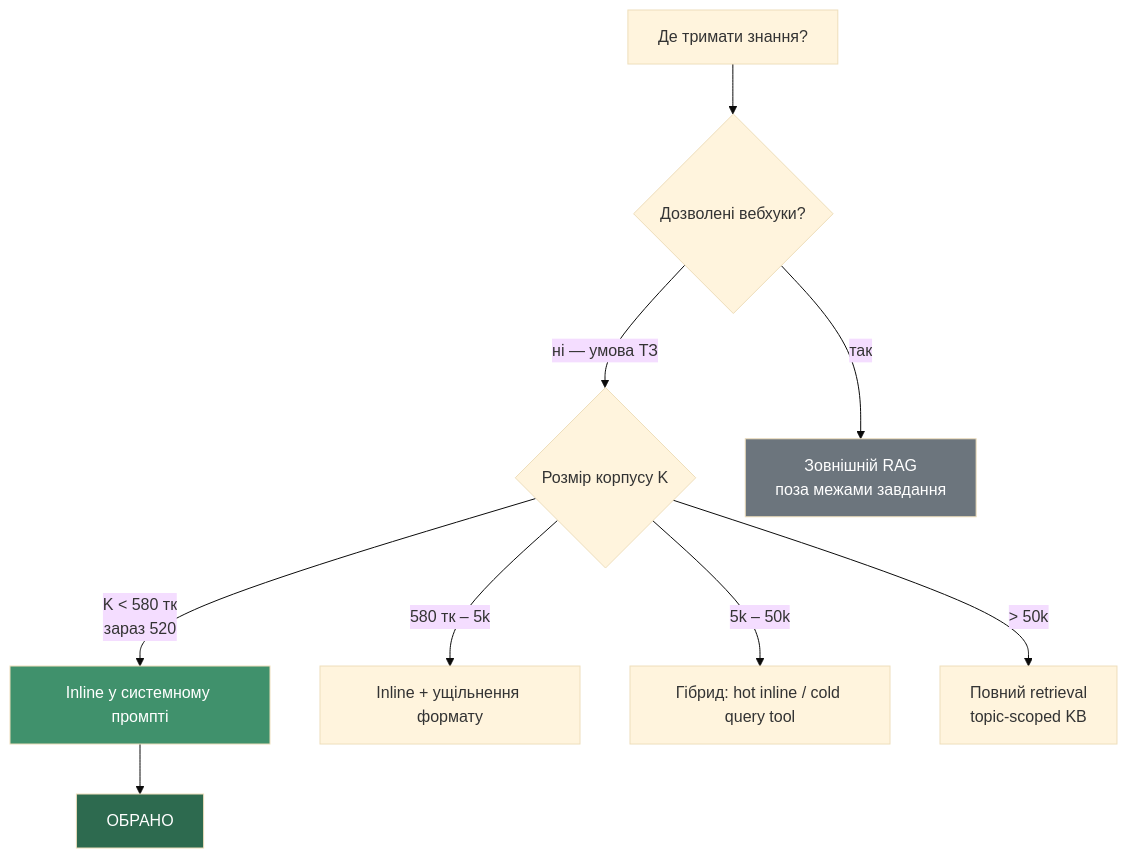
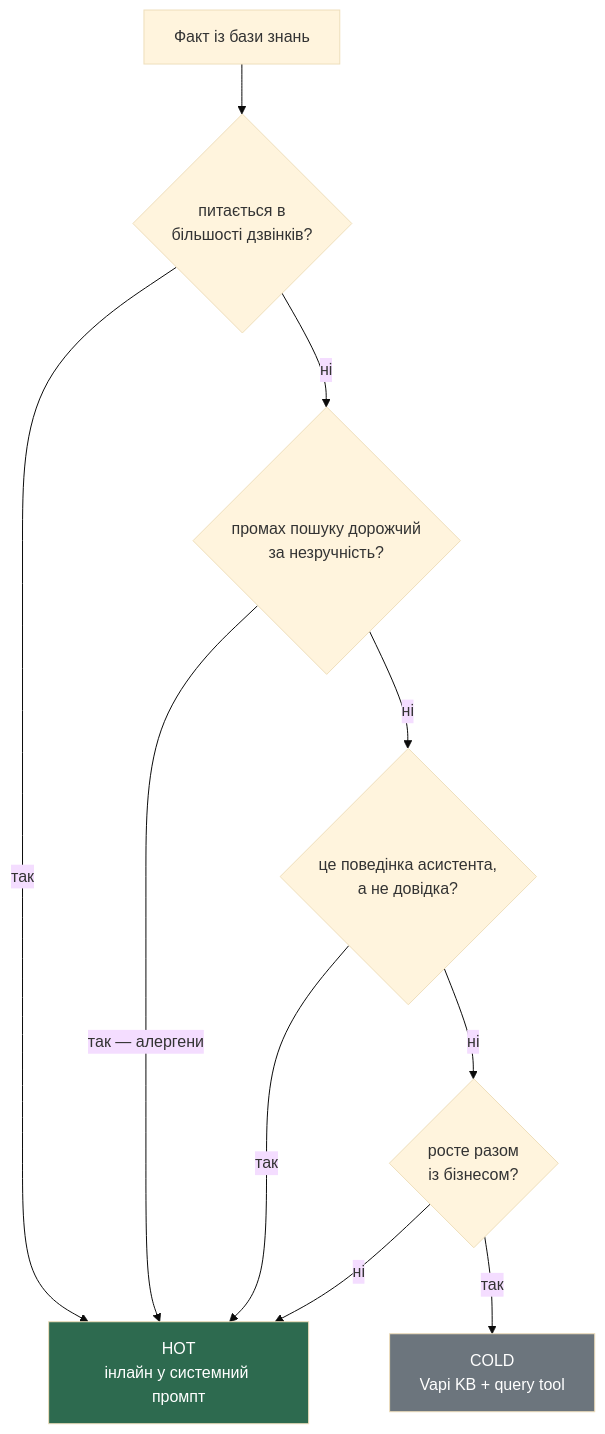
One commit to Dmitriymush/lemongrass-voice-agent changed the diagram in docs/diagrams/02-decision-tree.mmd. Above: the diagram before and after it, drawn with Mermaid (base theme). The commit also changed 15 other files, not shown here.

First line of the commit message:
Supersede ADR-001: move from inline grounding to a hot/cold hybrid

```diff
--- a/docs/diagrams/02-decision-tree.mmd
+++ b/docs/diagrams/02-decision-tree.mmd
@@ -1,15 +1,16 @@
 flowchart TD
-    S["Де тримати знання?"] --> W{"Дозволені вебхуки?"}
-    W -->|"ні — умова ТЗ"| K{"Розмір корпусу K"}
-    W -->|"так"| EXT["Зовнішній RAG<br/>поза межами завдання"]
+    S["Факт із бази знань"] --> Q1{"питається в<br/>більшості дзвінків?"}
+    Q1 -->|"так"| HOT
+    Q1 -->|"ні"| Q2{"промах пошуку дорожчий<br/>за незручність?"}
+    Q2 -->|"так — алергени"| HOT
+    Q2 -->|"ні"| Q3{"це поведінка асистента,<br/>а не довідка?"}
+    Q3 -->|"так"| HOT
+    Q3 -->|"ні"| Q4{"росте разом<br/>із бізнесом?"}
+    Q4 -->|"ні"| HOT
+    Q4 -->|"так"| COLD
 
-    K -->|"K < 580 тк<br/>зараз 520"| INL["Inline у системному промпті"]
-    K -->|"580 тк – 5k"| CMP["Inline + ущільнення формату"]
-    K -->|"5k – 50k"| HYB["Гібрид: hot inline / cold query tool"]
-    K -->|"> 50k"| RAG["Повний retrieval<br/>topic-scoped KB"]
+    HOT["HOT<br/>інлайн у системний промпт"]
+    COLD["COLD<br/>Vapi KB + query tool"]
 
-    INL --> DEC["ОБРАНО"]
-
-    style DEC fill:#2d6a4f,color:#fff
-    style INL fill:#40916c,color:#fff
-    style EXT fill:#6c757d,color:#fff
+    style HOT fill:#2d6a4f,color:#fff
+    style COLD fill:#6c757d,color:#fff
```
